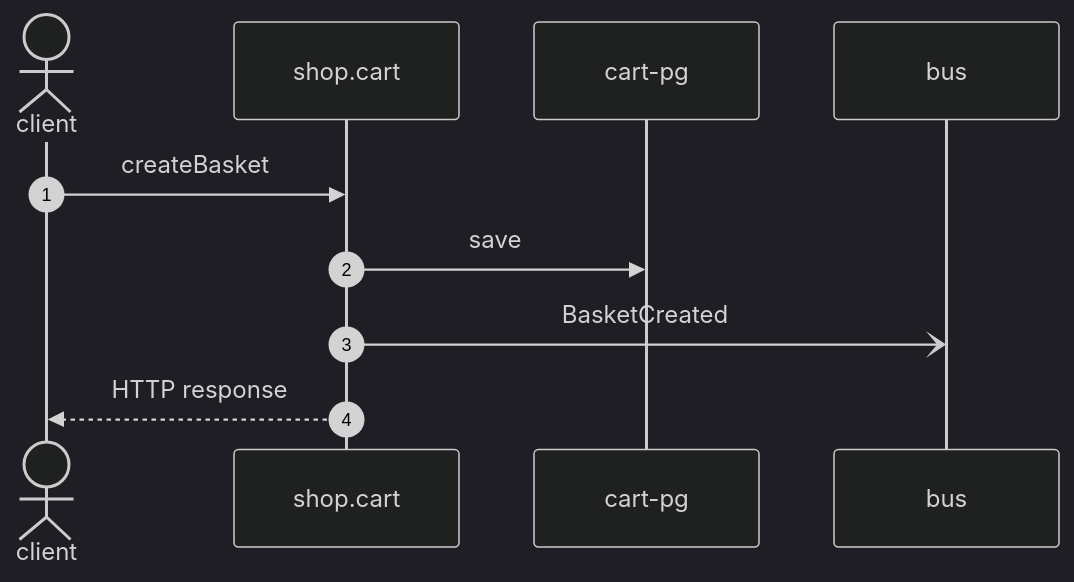
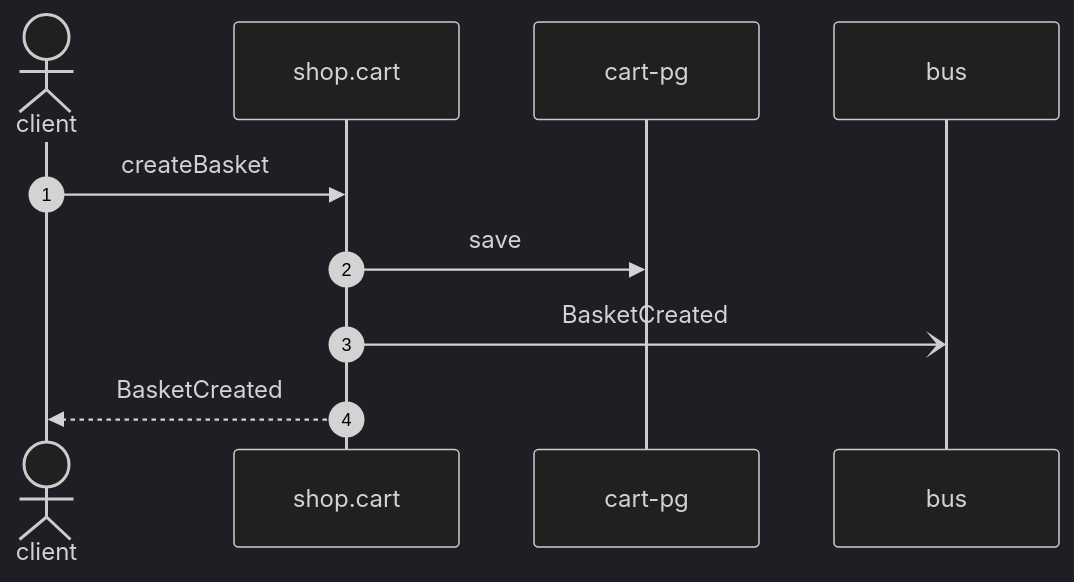
Before and after one commit to shortlink-org/portolan: the diagram in exports/mermaid/example/cart-create-basket.mmd, drawn with Mermaid (dark theme). The commit also changed 82 other files, not shown here.

```diff
--- a/exports/mermaid/example/cart-create-basket.mmd
+++ b/exports/mermaid/example/cart-create-basket.mmd
@@ -1,10 +1,10 @@
 sequenceDiagram
     autonumber
     actor p0 as client
     participant p1 as shop.cart
     participant p2 as cart-pg
     participant p3 as bus
     p0->>p1: createBasket
     p1->>p2: save
     p1-)p3: BasketCreated
-    p1-->>p0: HTTP response
+    p1-->>p0: BasketCreated
```
